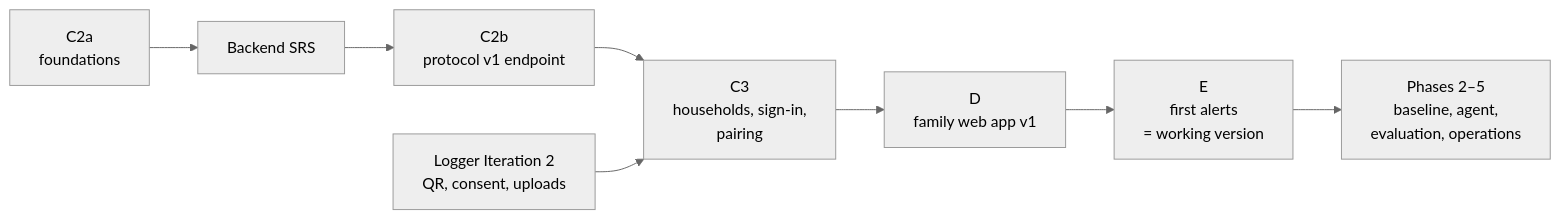
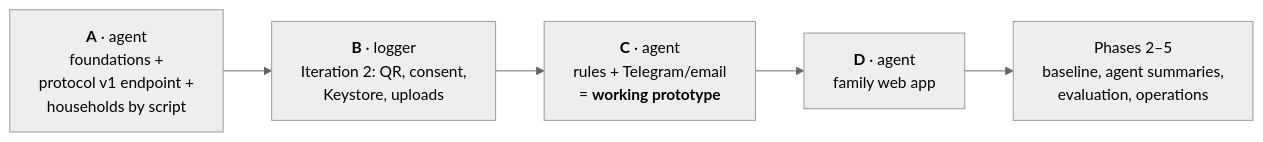
The diagram in docs/ROADMAP.md (ambi1999/elder-activity-agent), drawn with Mermaid (neutral theme) before and after one commit. The commit also changed other lines of this file and 21 other files, not shown here.

Commit message:
docs: fast path to a working prototype; wireframes; brand as configuration

````diff
--- a/docs/ROADMAP.md
+++ b/docs/ROADMAP.md
@@ -7,10 +9,7 @@
 ```mermaid
 flowchart LR
-    c2a["C2a<br/>foundations"] --> srs["Backend SRS"]
-    srs --> c2b["C2b<br/>protocol v1 endpoint"]
-    c2b --> c3["C3<br/>households, sign-in,<br/>pairing"]
-    logger["Logger Iteration 2<br/>QR, consent, uploads"] --> c3
-    c3 --> d["D<br/>family web app v1"]
-    d --> e["E<br/>first alerts<br/>= working version"]
-    e --> later["Phases 2–5<br/>baseline, agent,<br/>evaluation, operations"]
+    a["<b>A</b> · agent<br/>foundations +<br/>protocol v1 endpoint +<br/>households by script"] --> b["<b>B</b> · logger<br/>Iteration 2: QR, consent,<br/>Keystore, uploads"]
+    b --> c["<b>C</b> · agent<br/>rules + Telegram/email<br/>= <b>working prototype</b>"]
+    c --> d["<b>D</b> · agent<br/>family web app"]
+    d --> later["Phases 2–5<br/>baseline, agent summaries,<br/>evaluation, operations"]
 ```
````
